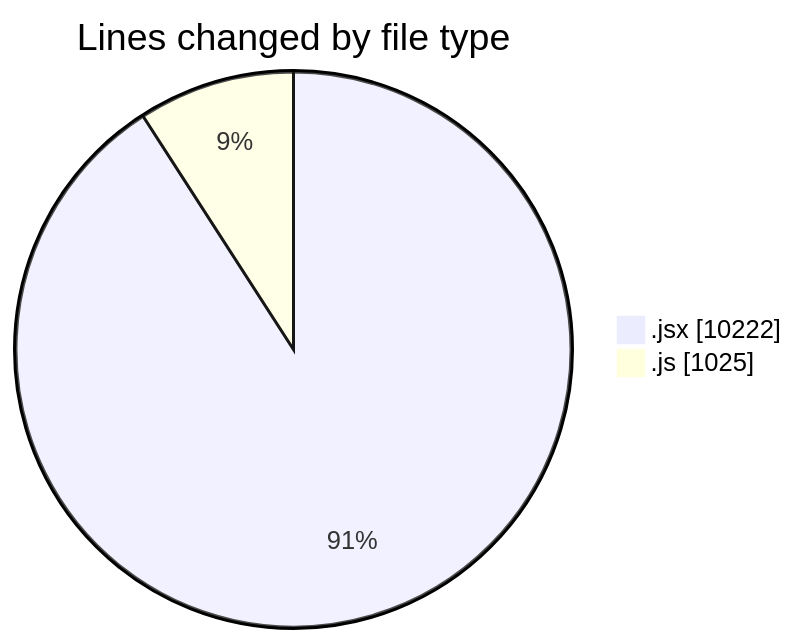
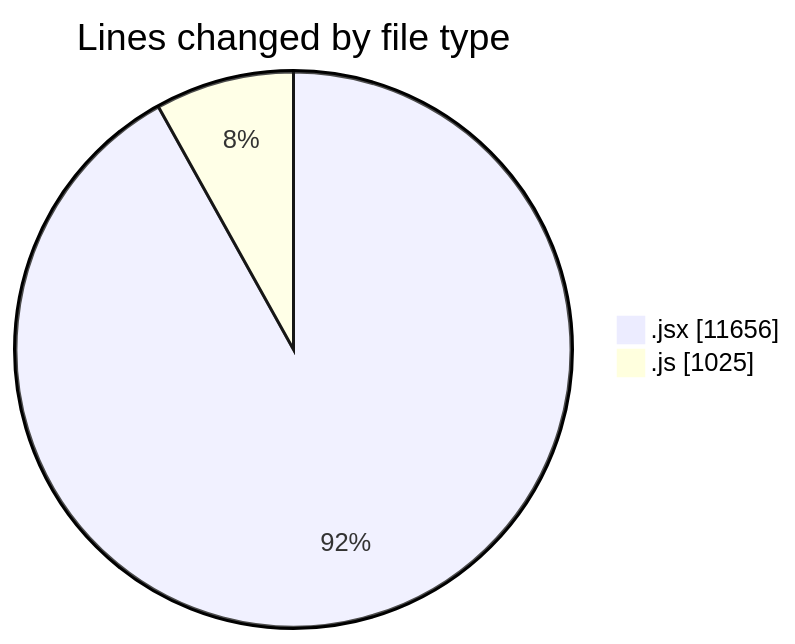
Before and after one commit to nxtqubesakshisongat/code-tracking: the first of 2 diagrams in 2025-07-21/nxtqube_webapp/README.md, drawn with Mermaid. The commit also changed other lines of this file and 1 other file, not shown here.

````diff
--- a/2025-07-21/nxtqube_webapp/README.md
+++ b/2025-07-21/nxtqube_webapp/README.md
@@ -32,6 +32,6 @@
 ```mermaid
 pie showData
 title Lines changed by file type
-".jsx" : 10222
+".jsx" : 11656
 ".js" : 1025
 ```
````
